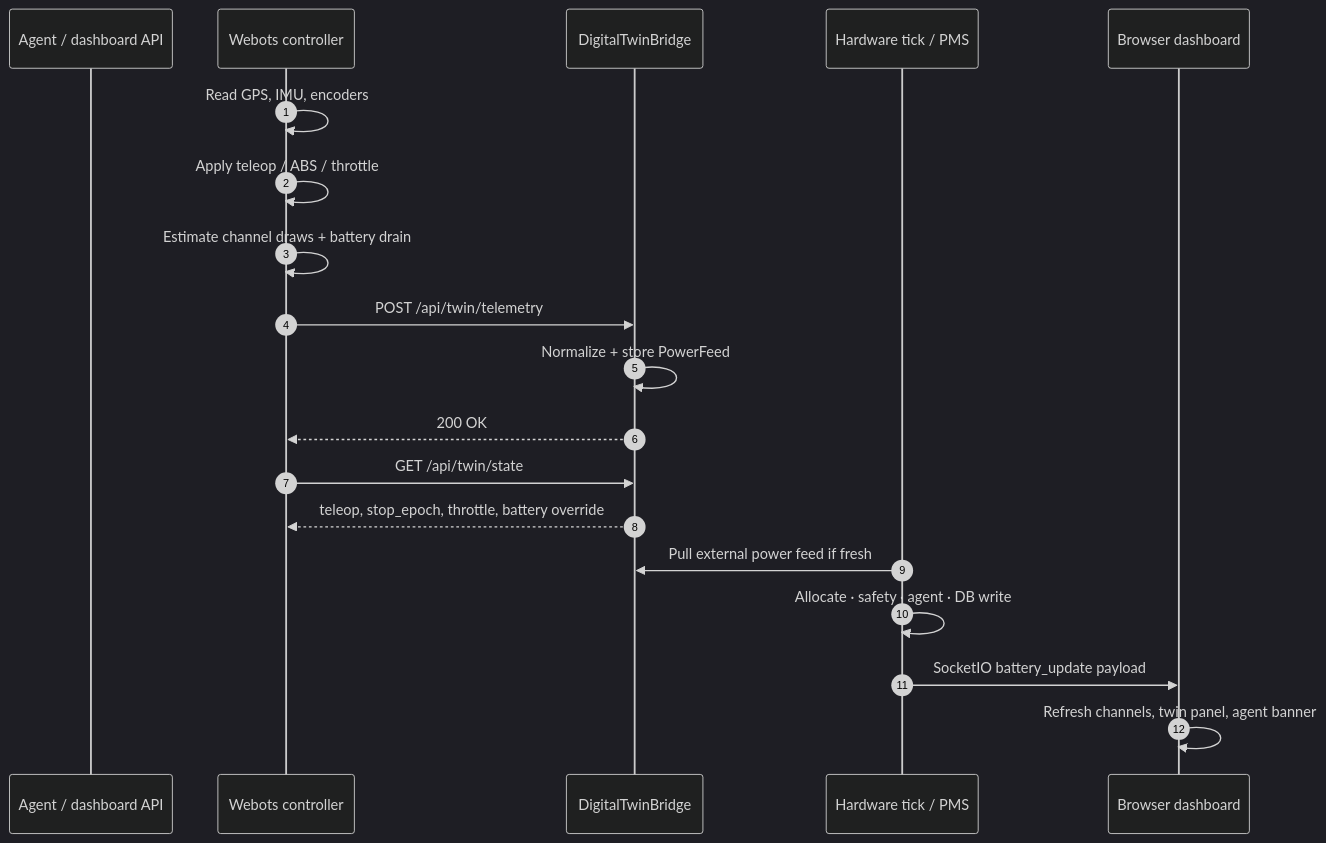
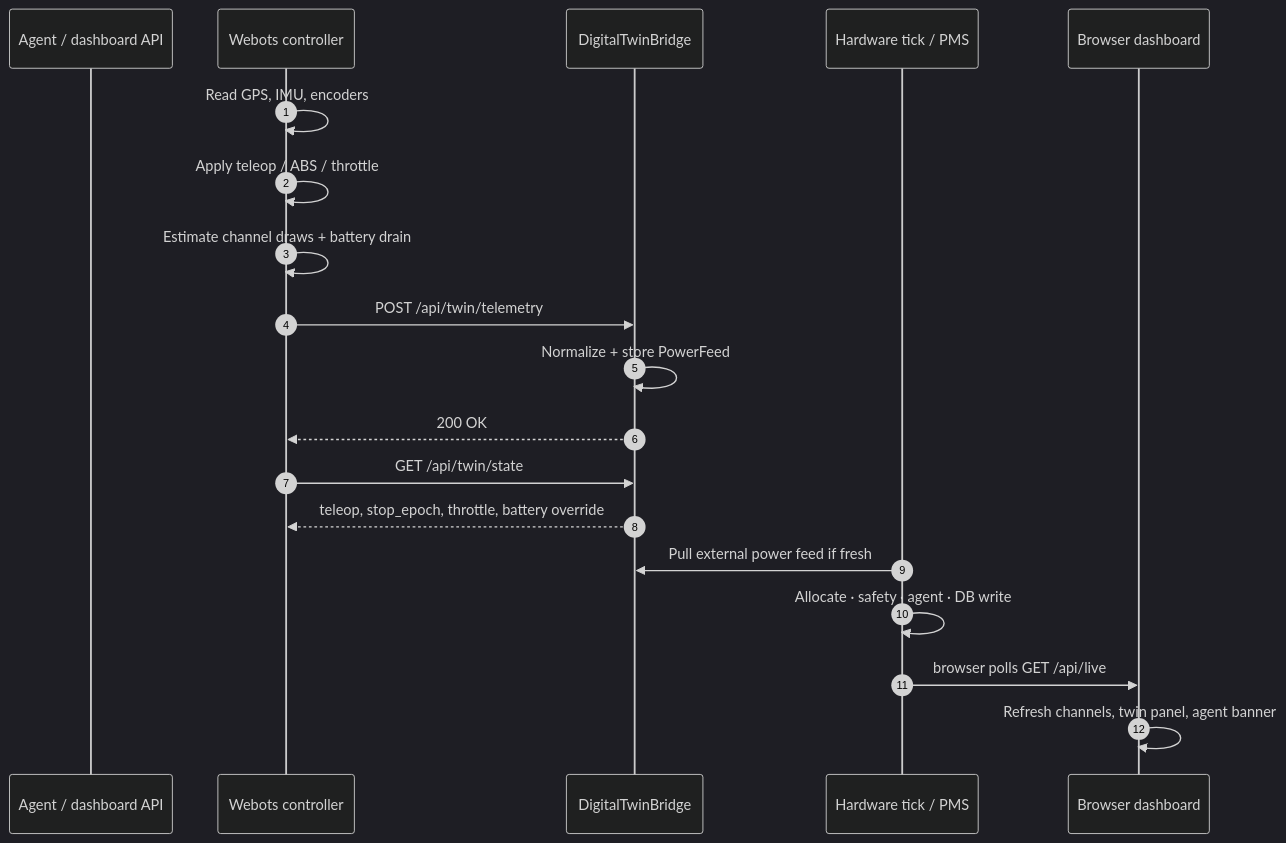
The fifth of 7 diagrams in docs/ARCHITECTURE.md (Daniel7505/robot-battery-monitor), drawn with Mermaid (dark theme) before and after one commit. The commit also changed other lines of this file and 41 other files, not shown here.

````diff
--- a/docs/ARCHITECTURE.md
+++ b/docs/ARCHITECTURE.md
@@ -234,22 +234,22 @@
 ```mermaid
 sequenceDiagram
     autonumber
     participant Ag as Agent / dashboard API
     participant W as Webots controller
     participant B as DigitalTwinBridge
     participant H as Hardware tick / PMS
     participant UI as Browser dashboard
 
     W->>W: Read GPS, IMU, encoders
     W->>W: Apply teleop / ABS / throttle
     W->>W: Estimate channel draws + battery drain
     W->>B: POST /api/twin/telemetry
     B->>B: Normalize + store PowerFeed
     B-->>W: 200 OK
     W->>B: GET /api/twin/state
     B-->>W: teleop, stop_epoch, throttle, battery override
     H->>B: Pull external power feed if fresh
     H->>H: Allocate · safety · agent · DB write
-    H->>UI: SocketIO battery_update payload
+    H->>UI: browser polls GET /api/live
     UI->>UI: Refresh channels, twin panel, agent banner
 ```
````
